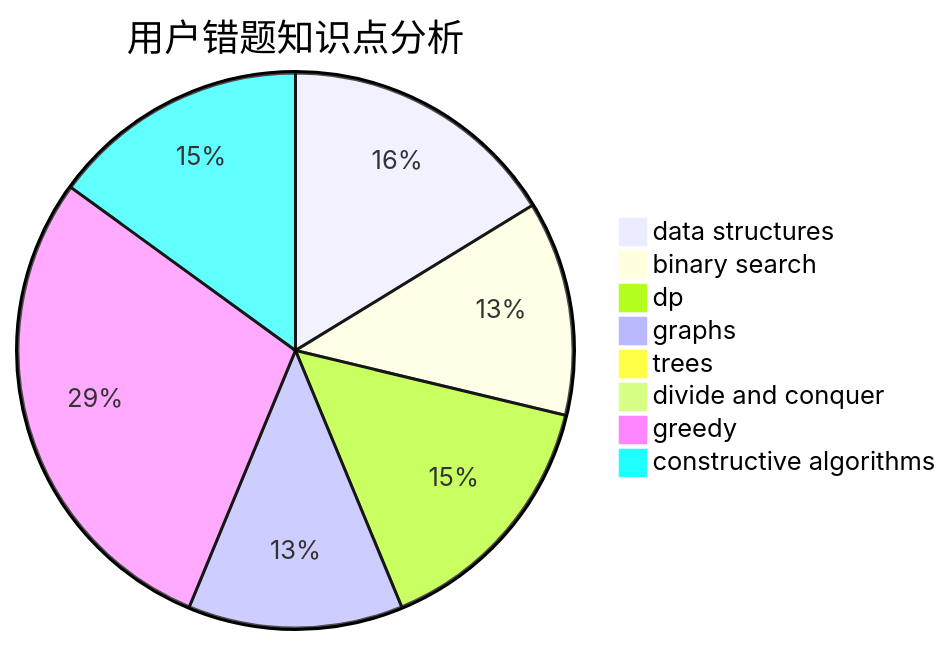
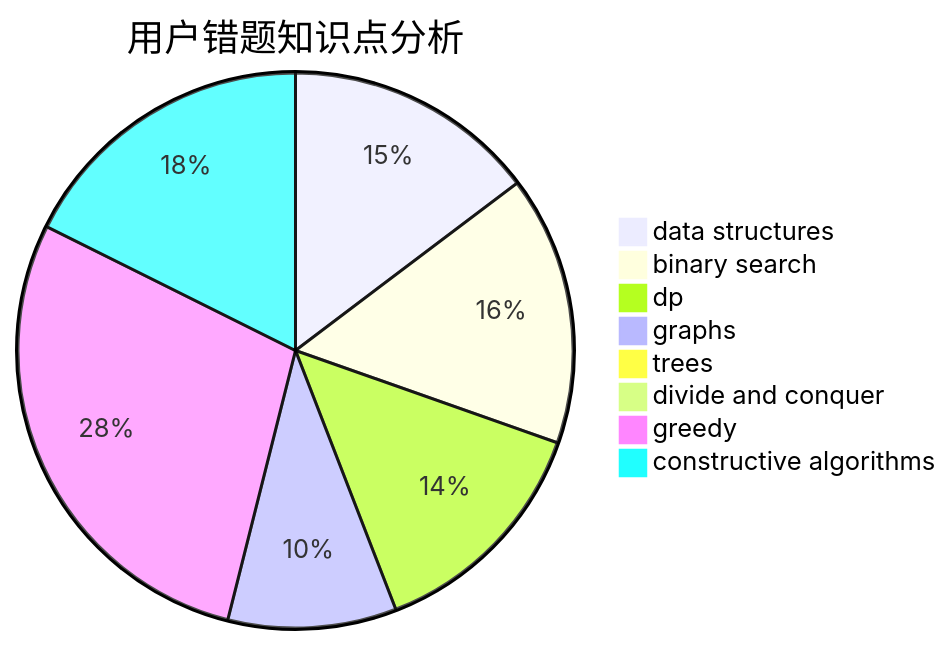
Before and after one commit to sherpahu/cfrs.github.io: the third of 3 diagrams in docs/user/u146.md, drawn with Mermaid. The commit also changed other lines of this file and 2770 other files, not shown here.

````diff
--- a/docs/user/u146.md
+++ b/docs/user/u146.md
@@ -36,11 +36,11 @@
 ```mermaid
 pie title 用户错题知识点分析
-    "data structures" :  13
-    "binary search" :  10
-    "dp" :  12
+    "data structures" :  15
+    "binary search" :  16
+    "dp" :  14
     "graphs" :  10
     "trees" :  0
     "divide and conquer" :  0
-    "greedy" :  23
-    "constructive algorithms" :  12
+    "greedy" :  29
+    "constructive algorithms" :  18
 ```
````
